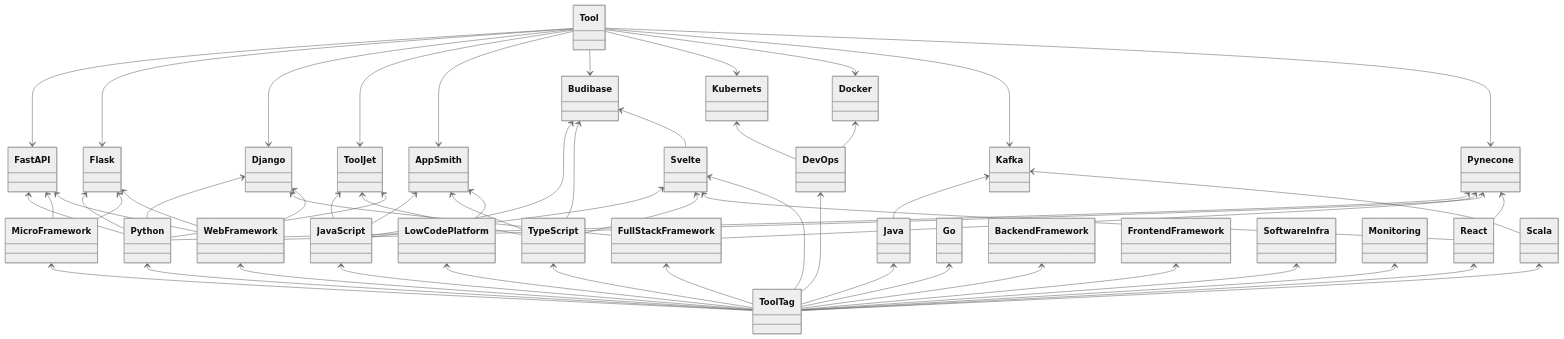
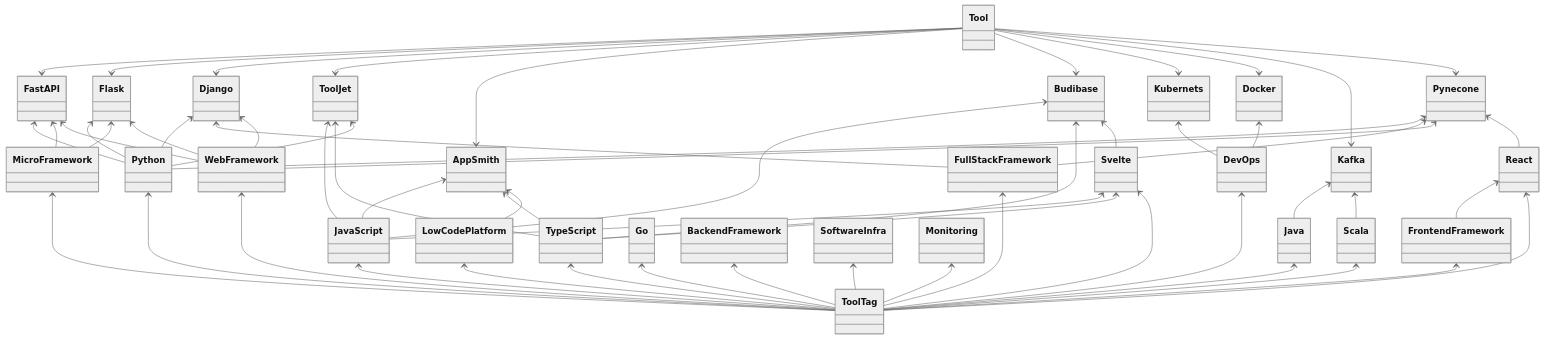
Before and after one commit to jujumilk3/mydevenv: the diagram in README.md, drawn with Mermaid (neutral theme). The commit also changed other lines of this file, not shown here.

````diff
--- a/README.md
+++ b/README.md
@@ -10,67 +10,67 @@
 ```mermaid
 classDiagram
 Tool --> FastAPI
 Tool --> Flask
 Tool --> Django
 Tool --> ToolJet
 Tool --> AppSmith
 Tool --> Budibase
 Tool --> Kubernets
 Tool --> Docker
 Tool --> Kafka
 Tool --> Pynecone
 
 
 FastAPI <-- Python
 FastAPI <-- MicroFramework
 FastAPI <-- WebFramework
 Flask <-- Python
 Flask <-- MicroFramework
 Flask <-- WebFramework
 Django <-- Python
 Django <-- FullStackFramework
 Django <-- WebFramework
 Pynecone <-- Python
 Pynecone <-- FullStackFramework
 Pynecone <-- WebFramework
 Pynecone <-- React
 ToolJet <-- JavaScript
 ToolJet <-- TypeScript
 ToolJet <-- Python
 AppSmith <-- JavaScript
 AppSmith <-- TypeScript
 AppSmith <-- LowCodePlatform
 Budibase <-- JavaScript
 Budibase <-- TypeScript
 Budibase <-- Svelte
 Kafka <-- Java
 Kafka <-- Scala
 Svelte <-- JavaScript
 Svelte <-- TypeScript
-Svelte <-- React
 Docker <-- DevOps
 Kubernets <-- DevOps
+React <-- FrontendFramework
 
 
 Python              <-- ToolTag
 JavaScript          <-- ToolTag
 TypeScript          <-- ToolTag
 Java                <-- ToolTag
 Scala               <-- ToolTag
 Go                  <-- ToolTag
 
 WebFramework        <-- ToolTag
 MicroFramework      <-- ToolTag
 FullStackFramework  <-- ToolTag
 BackendFramework    <-- ToolTag
 FrontendFramework   <-- ToolTag
 
 LowCodePlatform     <-- ToolTag
 DevOps              <-- ToolTag
 
 SoftwareInfra       <-- ToolTag
 Monitoring          <-- ToolTag
 Svelte              <-- ToolTag
 React               <-- ToolTag
 
 ```
````
